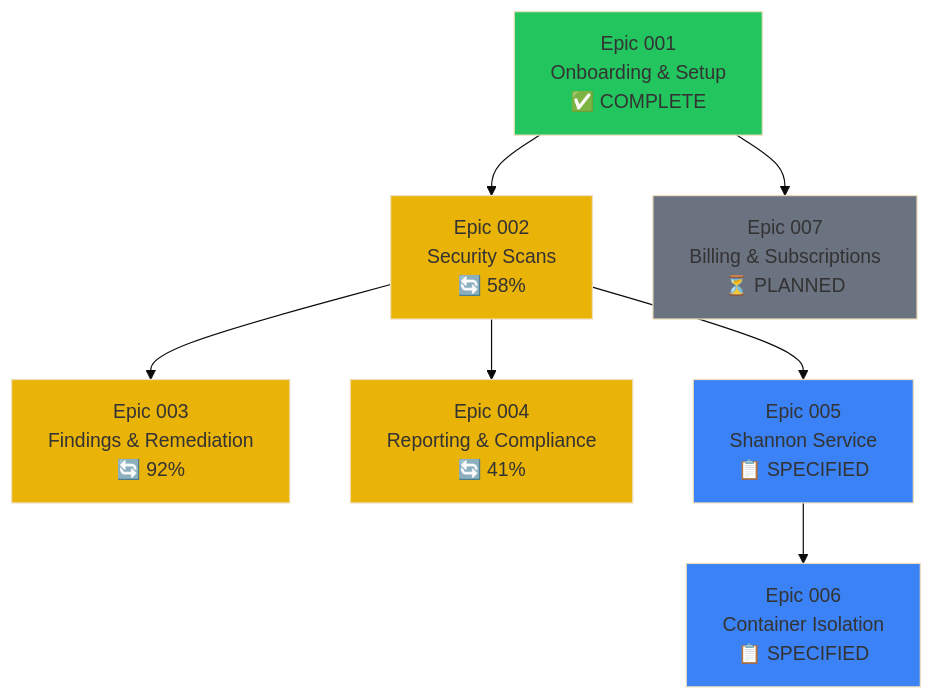
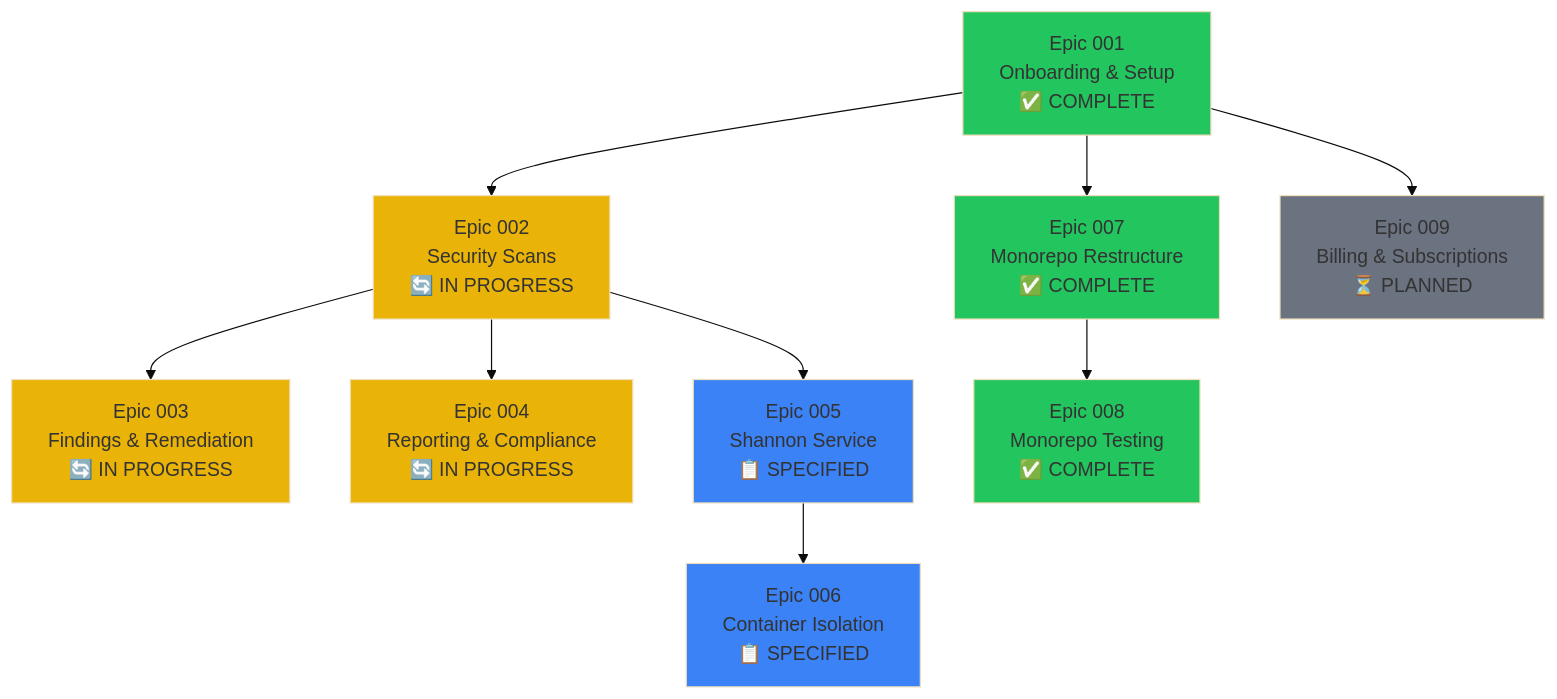
Before and after one commit to KeygraphHQ/shannon: diagram 12 of 13 in .doc/saas/architecture.md, drawn with Mermaid (base theme). The commit also changed other lines of this file and 2 other files, not shown here.

First line of the commit message:
docs(saas): update documentation to reflect monorepo structure and GhostShell naming

````diff
--- a/.doc/saas/architecture.md
+++ b/.doc/saas/architecture.md
@@ -526,25 +531,31 @@
 ```mermaid
 graph TD
     E001["Epic 001<br/>Onboarding & Setup<br/>✅ COMPLETE"]
-    E002["Epic 002<br/>Security Scans<br/>🔄 58%"]
-    E003["Epic 003<br/>Findings & Remediation<br/>🔄 92%"]
-    E004["Epic 004<br/>Reporting & Compliance<br/>🔄 41%"]
+    E002["Epic 002<br/>Security Scans<br/>🔄 IN PROGRESS"]
+    E003["Epic 003<br/>Findings & Remediation<br/>🔄 IN PROGRESS"]
+    E004["Epic 004<br/>Reporting & Compliance<br/>🔄 IN PROGRESS"]
     E005["Epic 005<br/>Shannon Service<br/>📋 SPECIFIED"]
     E006["Epic 006<br/>Container Isolation<br/>📋 SPECIFIED"]
-    E007["Epic 007<br/>Billing & Subscriptions<br/>⏳ PLANNED"]
+    E007["Epic 007<br/>Monorepo Restructure<br/>✅ COMPLETE"]
+    E008["Epic 008<br/>Monorepo Testing<br/>✅ COMPLETE"]
+    E009["Epic 009<br/>Billing & Subscriptions<br/>⏳ PLANNED"]
 
     E001 --> E002
     E002 --> E003
     E002 --> E004
     E002 --> E005
     E005 --> E006
     E001 --> E007
+    E007 --> E008
+    E001 --> E009
 
     style E001 fill:#22c55e
     style E002 fill:#eab308
     style E003 fill:#eab308
     style E004 fill:#eab308
     style E005 fill:#3b82f6
     style E006 fill:#3b82f6
-    style E007 fill:#6b7280
+    style E007 fill:#22c55e
+    style E008 fill:#22c55e
+    style E009 fill:#6b7280
 ```
````
